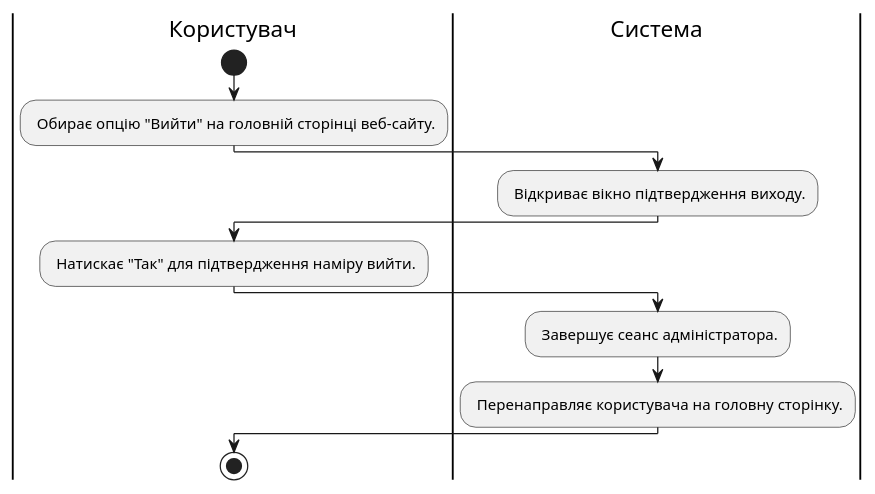
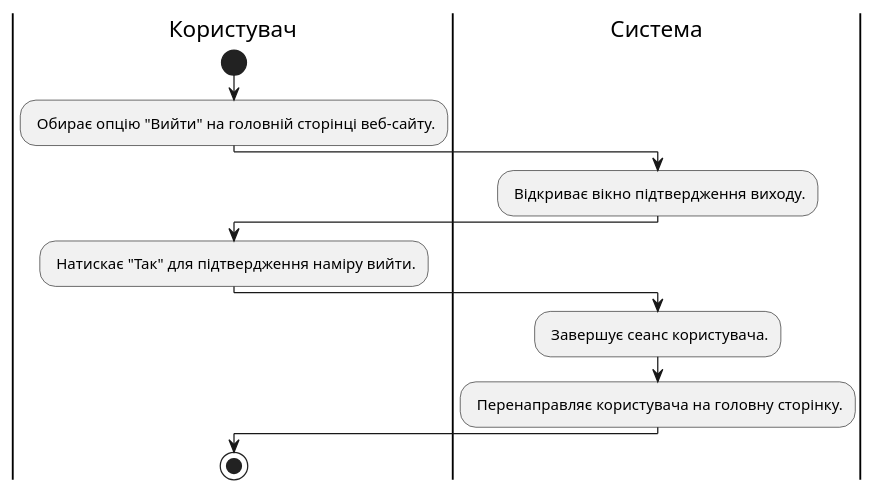
One commit to stvake/database_group2 changed the eighth of 16 diagrams in docs/use cases/README.md. Above: the diagram before and after it, drawn with PlantUML. The commit also changed other lines of this file, not shown here.

```diff
--- a/docs/use cases/README.md
+++ b/docs/use cases/README.md
@@ -307,21 +308,21 @@
 @startuml
 
     |Користувач|
     start;
     : Обирає опцію "Вийти" на головній сторінці веб-сайту.;
 
     |Система|
     : Відкриває вікно підтвердження виходу.;
 
     |Користувач|
     : Натискає "Так" для підтвердження наміру вийти.;
 
     |Система|
-    : Завершує сеанс адміністратора.;
+    : Завершує сеанс користувача.;
 
     : Перенаправляє користувача на головну сторінку.;
 
     |Користувач|
     stop;
 
 @enduml
```
